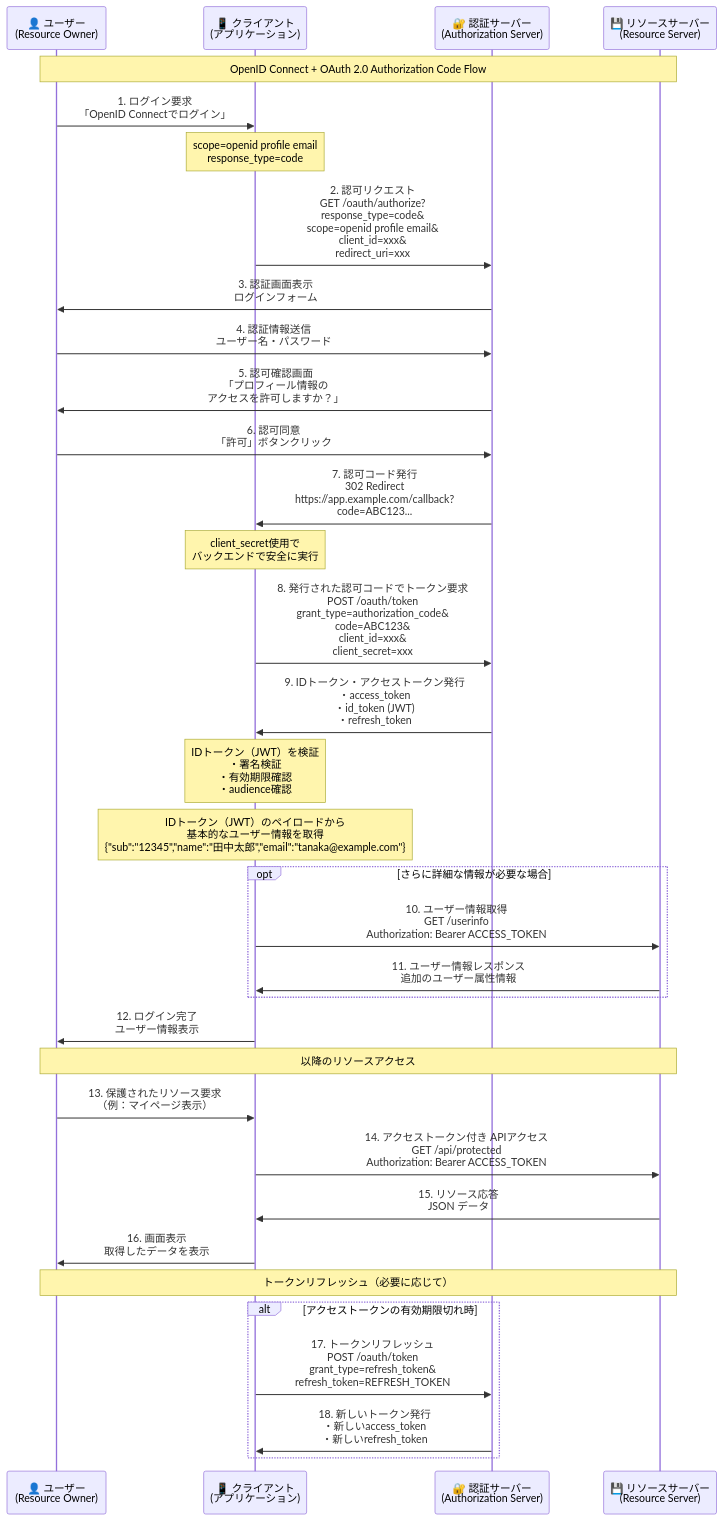
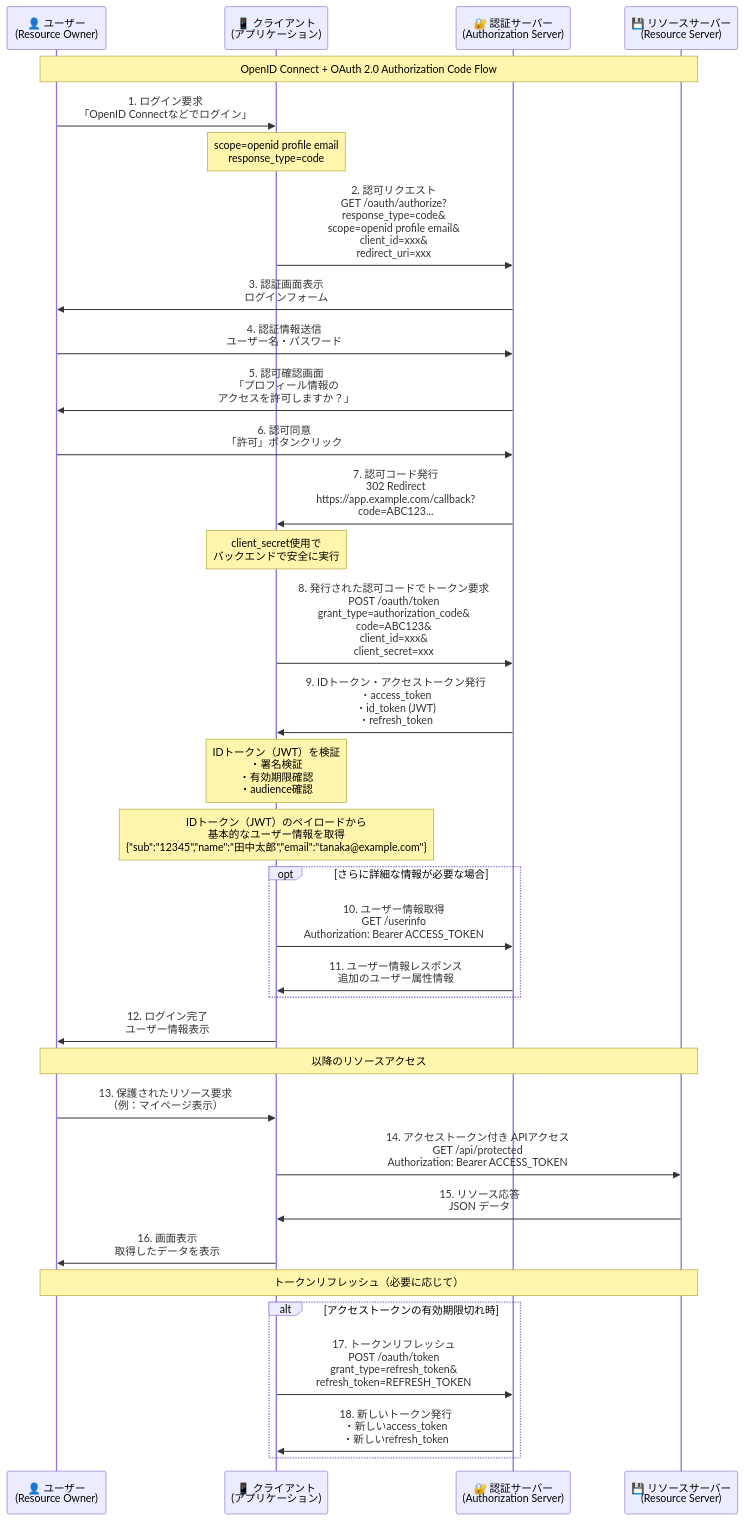
Before and after one commit to nutslove/Knowledges: the diagram in OAuth・OIDC/OAuthとOIDCについて.md, drawn with Mermaid. The commit also changed other lines of this file, not shown here.

````diff
--- a/OAuth・OIDC/OAuthとOIDCについて.md
+++ b/OAuth・OIDC/OAuthとOIDCについて.md
@@ -1,57 +1,57 @@
 ```mermaid
 sequenceDiagram
     participant U as 👤 ユーザー<br/>(Resource Owner)
     participant C as 📱 クライアント<br/>(アプリケーション)
     participant AS as 🔐 認証サーバー<br/>(Authorization Server)
     participant RS as 💾 リソースサーバー<br/>(Resource Server)
 
     Note over U,RS: OpenID Connect + OAuth 2.0 Authorization Code Flow
 
-    U->>C: 1. ログイン要求<br/>「OpenID Connectでログイン」
+    U->>C: 1. ログイン要求<br/>「OpenID Connectなどでログイン」
     
     Note over C: scope=openid profile email<br/>response_type=code
     C->>AS: 2. 認可リクエスト<br/>GET /oauth/authorize?<br/>response_type=code&<br/>scope=openid profile email&<br/>client_id=xxx&<br/>redirect_uri=xxx
 
     AS->>U: 3. 認証画面表示<br/>ログインフォーム
     
     U->>AS: 4. 認証情報送信<br/>ユーザー名・パスワード
     
     AS->>U: 5. 認可確認画面<br/>「プロフィール情報の<br/>アクセスを許可しますか？」
     
     U->>AS: 6. 認可同意<br/>「許可」ボタンクリック
     
     AS->>C: 7. 認可コード発行<br/>302 Redirect<br/>https://app.example.com/callback?<br/>code=ABC123...
     
     Note over C: client_secret使用で<br/>バックエンドで安全に実行
     C->>AS: 8. 発行された認可コードでトークン要求<br/>POST /oauth/token<br/>grant_type=authorization_code&<br/>code=ABC123&<br/>client_id=xxx&<br/>client_secret=xxx
     
     AS->>C: 9. IDトークン・アクセストークン発行<br/>・access_token <br/>・id_token (JWT)<br/>・refresh_token
     
     Note over C: IDトークン（JWT）を検証<br/>・署名検証<br/>・有効期限確認<br/>・audience確認
     
     Note over C: IDトークン（JWT）のペイロードから<br/>基本的なユーザー情報を取得<br/>{"sub":"12345","name":"田中太郎","email":"tanaka@example.com"}
     
     opt さらに詳細な情報が必要な場合
-        C->>RS: 10. ユーザー情報取得<br/>GET /userinfo<br/>Authorization: Bearer ACCESS_TOKEN
-        RS->>C: 11. ユーザー情報レスポンス<br/>追加のユーザー属性情報
+        C->>AS: 10. ユーザー情報取得<br/>GET /userinfo<br/>Authorization: Bearer ACCESS_TOKEN
+        AS->>C: 11. ユーザー情報レスポンス<br/>追加のユーザー属性情報
     end
     
     C->>U: 12. ログイン完了<br/>ユーザー情報表示
     
     Note over U,RS: 以降のリソースアクセス
     
     U->>C: 13. 保護されたリソース要求<br/>（例：マイページ表示）
     
     C->>RS: 14. アクセストークン付き APIアクセス<br/>GET /api/protected<br/>Authorization: Bearer ACCESS_TOKEN
     
     RS->>C: 15. リソース応答<br/>JSON データ
     
     C->>U: 16. 画面表示<br/>取得したデータを表示
     
     Note over U,RS: トークンリフレッシュ（必要に応じて）
     
     alt アクセストークンの有効期限切れ時
         C->>AS: 17. トークンリフレッシュ<br/>POST /oauth/token<br/>grant_type=refresh_token&<br/>refresh_token=REFRESH_TOKEN
         AS->>C: 18. 新しいトークン発行<br/>・新しいaccess_token<br/>・新しいrefresh_token
     end
 ```
````
